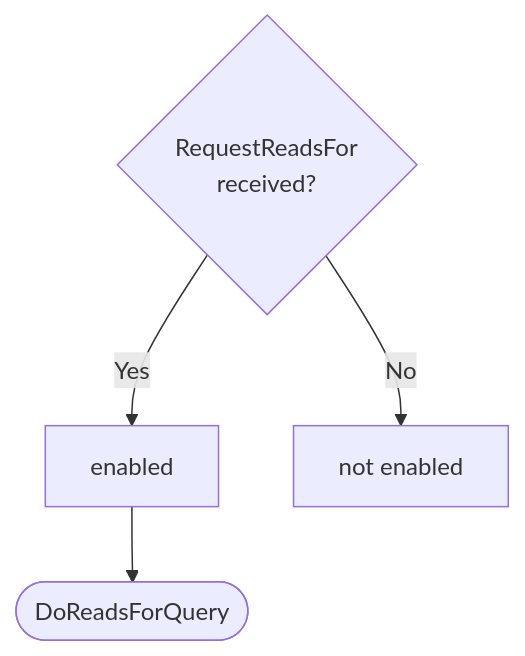
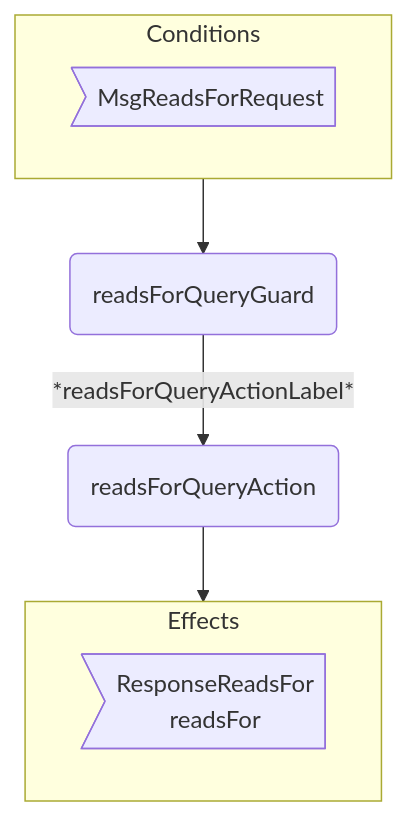
Before and after one commit to anoma/nspec: the first of 3 diagrams in docs/arch/node/engines/reads_for_behaviour.juvix.md, drawn with Mermaid. The commit also changed other lines of this file and 3 other files, not shown here.

````diff
--- a/docs/arch/node/engines/reads_for_behaviour.juvix.md
+++ b/docs/arch/node/engines/reads_for_behaviour.juvix.md
@@ -187,7 +482,15 @@
 ```mermaid
 flowchart TD
-    C{RequestReadsFor<br>received?}
-    C -->|Yes| D[enabled]
-    C -->|No| E[not enabled]
-    D --> F([DoReadsForQuery])
+  subgraph C[Conditions]
+    CMsg>MsgReadsForRequest]
+  end
+
+  G(readsForQueryGuard)
+  A(readsForQueryAction)
+
+  C --> G -- *readsForQueryActionLabel* --> A --> E
+
+  subgraph E[Effects]
+    EMsg>ResponseReadsFor<br/>readsFor]
+  end
 ```
````
